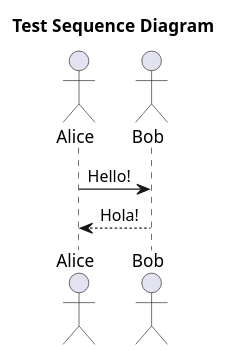
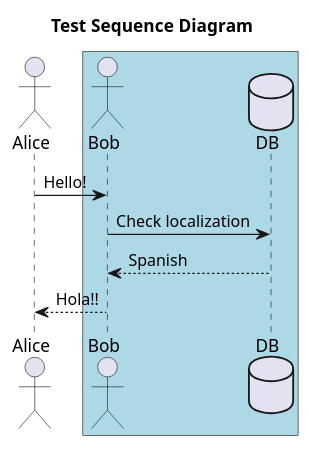
The diagram in test.wsd (KyleKorndoerfer/BracketsUML), drawn with PlantUML before and after one commit. The commit also changed 2 other files, not shown here.

```diff
--- a/test.wsd
+++ b/test.wsd
@@ -2,11 +2,16 @@
 @startuml
 
 title "Test Sequence Diagram"
 
 actor Alice
-actor Bob
+box #lightBlue
+	actor Bob
+	database DB
+end box
 
 Alice->Bob: Hello!
-Bob-->Alice: Hola!
+Bob->DB: Check localization
+DB-->Bob: Spanish
+Bob-->Alice: Hola!!
 
 @enduml
```
